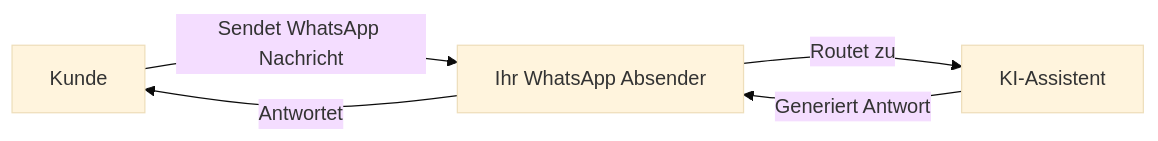
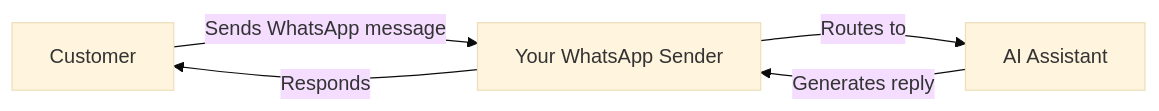
The diagram in en/whatsapp/integration.mdx (bekgroup/Famulor-docs-de), drawn with Mermaid (base theme) before and after one commit. The commit also changed other lines of this file, not shown here.

````diff
--- a/en/whatsapp/integration.mdx
+++ b/en/whatsapp/integration.mdx
@@ -27,7 +27,7 @@
 ```mermaid  theme={null}
 flowchart LR
-    A[Kunde] -->|Sendet WhatsApp Nachricht| B[Ihr WhatsApp Absender]
-    B -->|Routet zu| C[KI-Assistent]
-    C -->|Generiert Antwort| B
-    B -->|Antwortet| A
+    A[Customer] -->|Sends WhatsApp message| B[Your WhatsApp Sender]
+    B -->|Routes to| C[AI Assistant]
+    C -->|Generates reply| B
+    B -->|Responds| A
 ```
````
